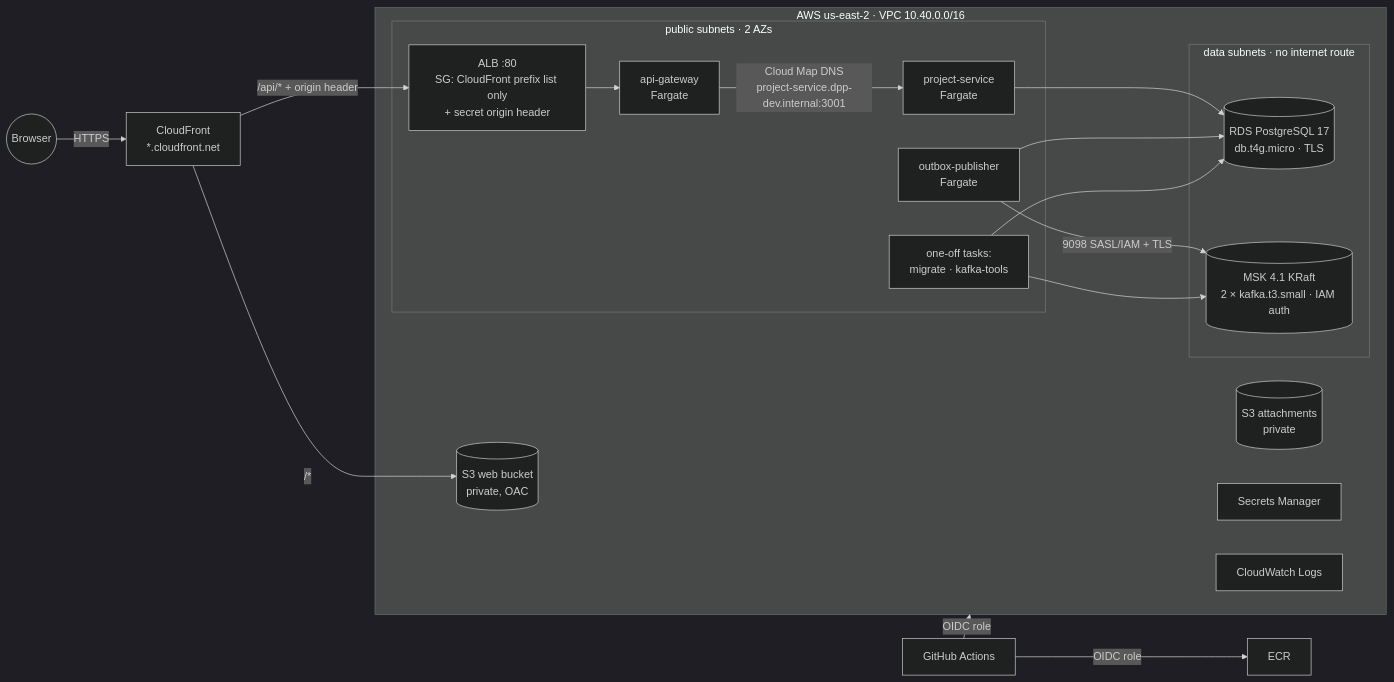
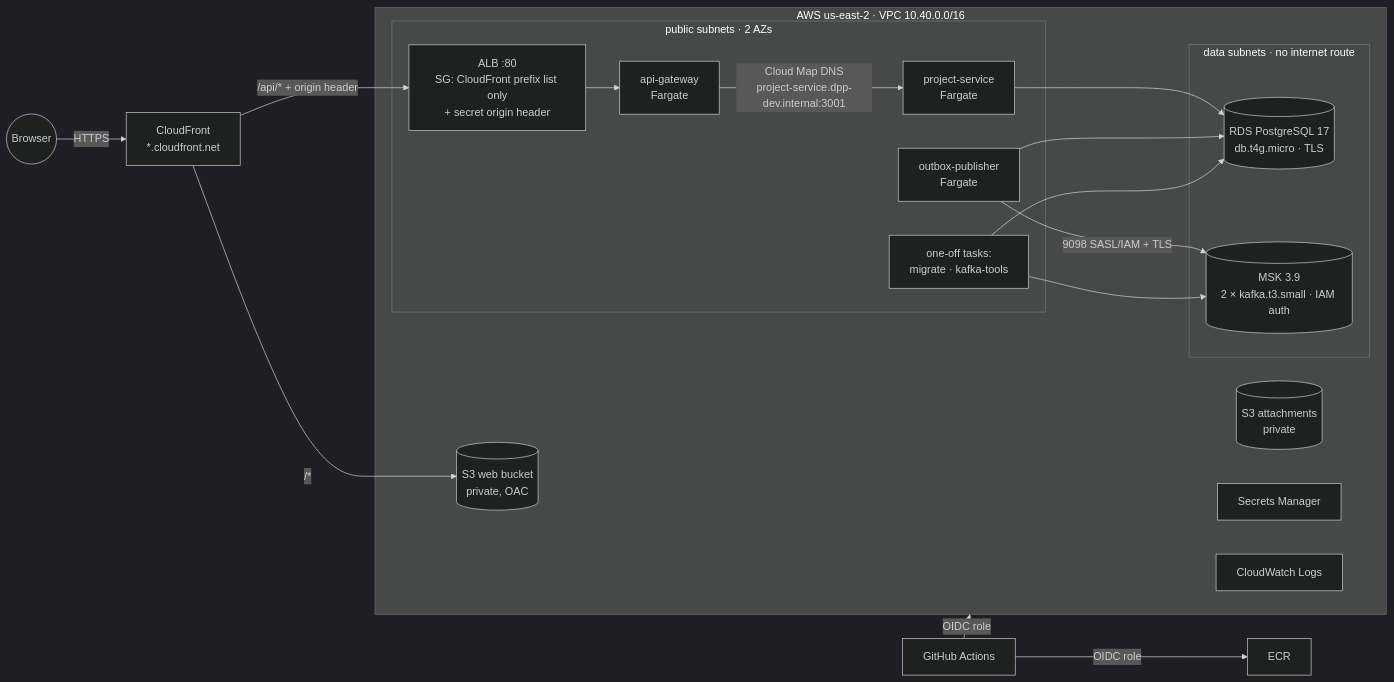
The diagram in docs/aws-development.md (The-RealOG/distributed-events-platform), drawn with Mermaid (dark theme) before and after one commit. The commit also changed other lines of this file and 4 other files, not shown here.

````diff
--- a/docs/aws-development.md
+++ b/docs/aws-development.md
@@ -15,30 +15,30 @@
 ```mermaid
 flowchart LR
   user((Browser)) -->|HTTPS| cf[CloudFront<br/>*.cloudfront.net]
   subgraph aws[AWS us-east-2 · VPC 10.40.0.0/16]
     subgraph public[public subnets · 2 AZs]
       alb[ALB :80<br/>SG: CloudFront prefix list only<br/>+ secret origin header]
       gw[api-gateway<br/>Fargate]
       ps[project-service<br/>Fargate]
       op[outbox-publisher<br/>Fargate]
       jobs[one-off tasks:<br/>migrate · kafka-tools]
     end
     subgraph data[data subnets · no internet route]
       rds[(RDS PostgreSQL 17<br/>db.t4g.micro · TLS)]
-      msk[(MSK 4.1 KRaft<br/>2 × kafka.t3.small · IAM auth)]
+      msk[(MSK 3.9<br/>2 × kafka.t3.small · IAM auth)]
     end
     s3web[(S3 web bucket<br/>private, OAC)]
     s3att[(S3 attachments<br/>private)]
     sm[Secrets Manager]
     cw[CloudWatch Logs]
   end
   cf -->|/*| s3web
   cf -->|/api/* + origin header| alb --> gw
   gw -->|Cloud Map DNS<br/>project-service.dpp-dev.internal:3001| ps
   ps --> rds
   op --> rds
   op -->|9098 SASL/IAM + TLS| msk
   jobs --> rds
   jobs --> msk
   gh[GitHub Actions] -->|OIDC role| ecr[ECR] & aws
 ```
````
